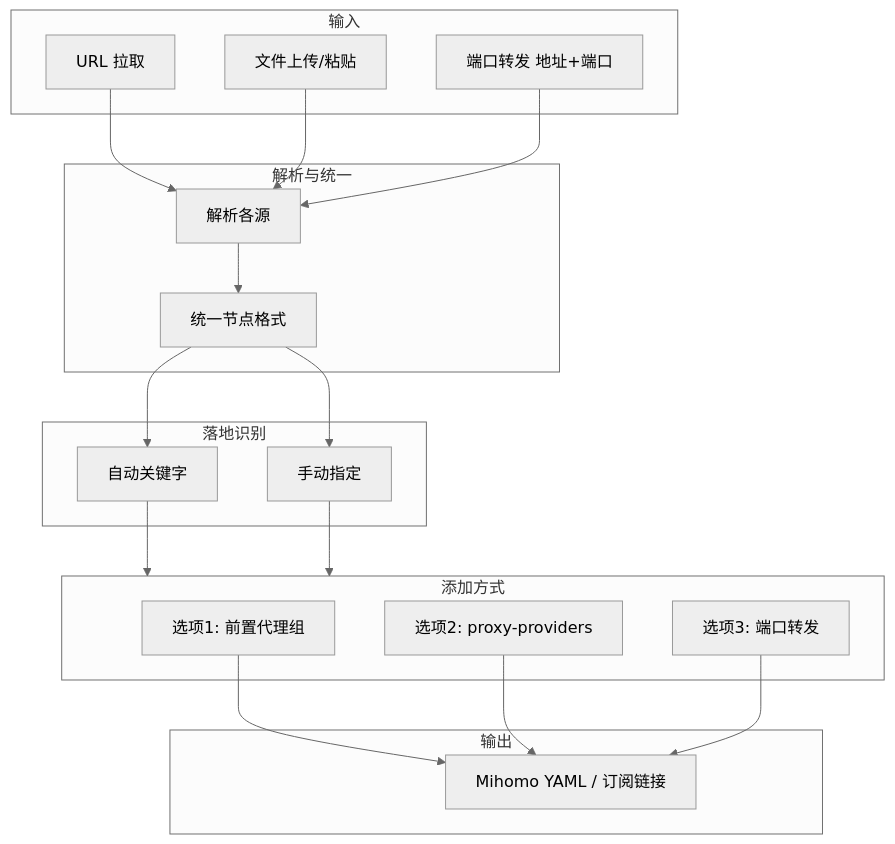
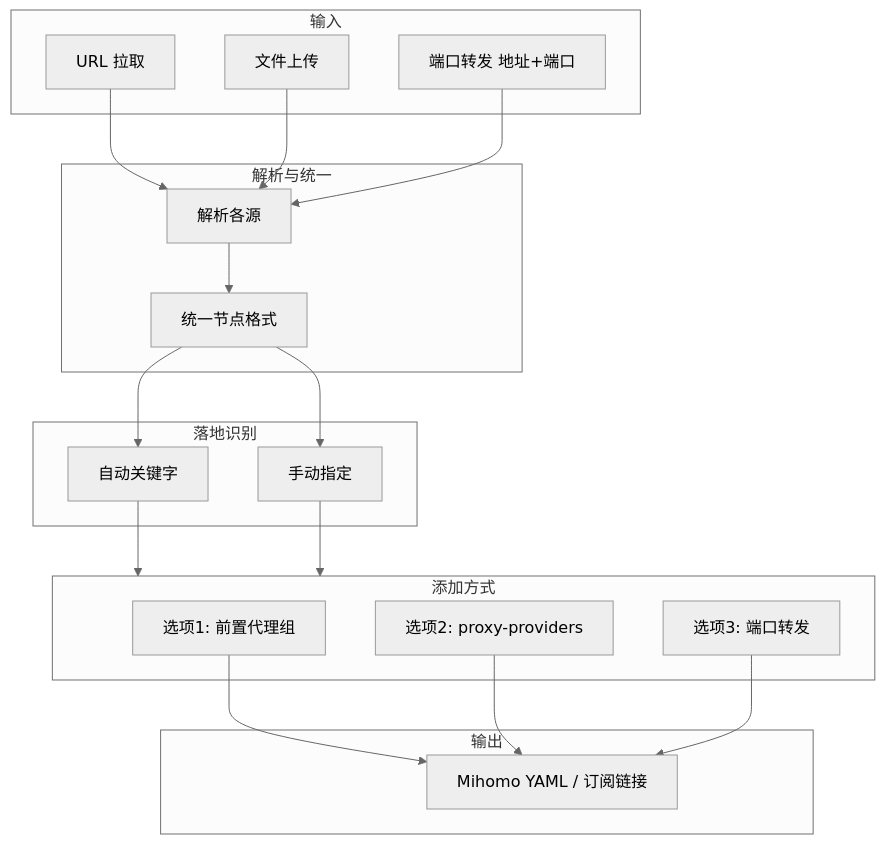
Before and after one commit to slackworker/chain-subconverter: the diagram in docs/spec/03-config-flow.md, drawn with Mermaid (neutral theme). The commit also changed other lines of this file and 6 other files, not shown here.

````diff
--- a/docs/spec/03-config-flow.md
+++ b/docs/spec/03-config-flow.md
@@ -88,40 +105,40 @@
 ```mermaid
 flowchart TB
     subgraph Input [输入]
         A1[URL 拉取]
-        A2[文件上传/粘贴]
+        A2[文件上传]
         A3[端口转发 地址+端口]
     end
 
     subgraph Parse [解析与统一]
         B[解析各源]
         C[统一节点格式]
     end
 
     subgraph Identify [落地识别]
         D1[自动关键字]
         D2[手动指定]
     end
 
     subgraph Action [添加方式]
         E1[选项1: 前置代理组]
         E2[选项2: proxy-providers]
         E3[选项3: 端口转发]
     end
 
     subgraph Output [输出]
         F[Mihomo YAML / 订阅链接]
     end
 
     A1 --> B
     A2 --> B
     A3 --> B
     B --> C
     C --> D1
     C --> D2
     D1 --> Action
     D2 --> Action
     E1 --> F
     E2 --> F
     E3 --> F
 ```
````
